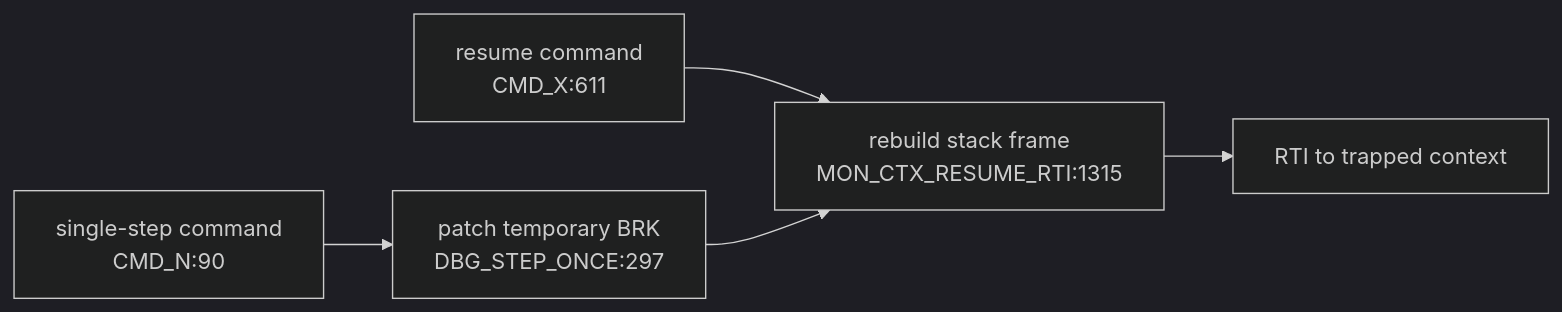
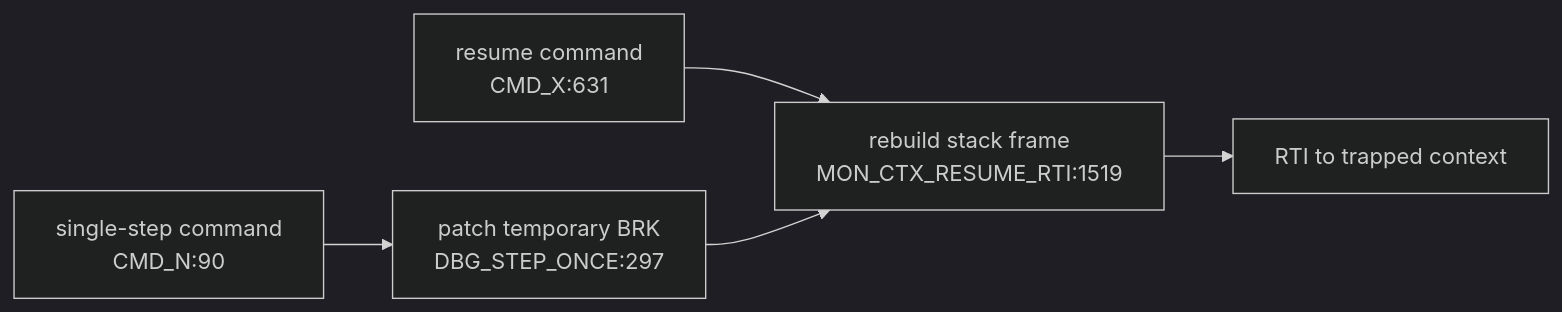
The sixth of 6 diagrams in DOC/GENERATED/INTERRUPT_VECTOR_MAP.md (95westus/R-YORS), drawn with Mermaid (dark theme) before and after one commit. The commit also changed other lines of this file and 25 other files, not shown here.

````diff
--- a/DOC/GENERATED/INTERRUPT_VECTOR_MAP.md
+++ b/DOC/GENERATED/INTERRUPT_VECTOR_MAP.md
@@ -92,7 +92,7 @@
 ```mermaid
 flowchart LR
-    CMDX["resume command<br/>CMD_X:611"] --> RESUME["rebuild stack frame<br/>MON_CTX_RESUME_RTI:1315"]
+    CMDX["resume command<br/>CMD_X:631"] --> RESUME["rebuild stack frame<br/>MON_CTX_RESUME_RTI:1519"]
     CMDN["single-step command<br/>CMD_N:90"] --> STEP["patch temporary BRK<br/>DBG_STEP_ONCE:297"]
     STEP --> RESUME
     RESUME --> RTIRES["RTI to trapped context"]
 ```
````
